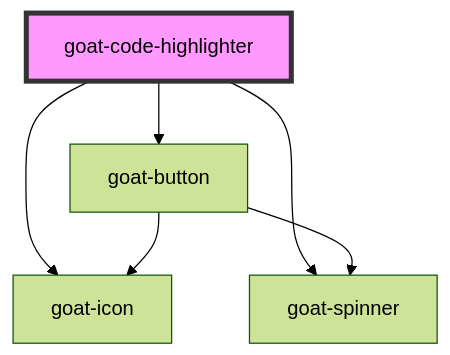
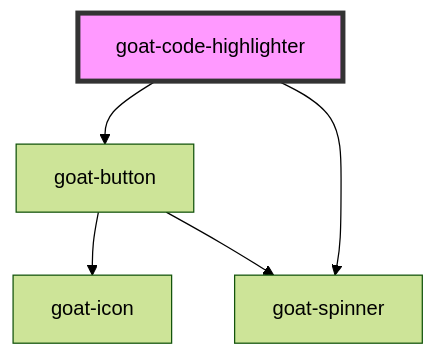
Before and after one commit to goatui/components: the diagram in src/components/data-display/code-highlighter/readme.md, drawn with Mermaid (forest theme). The commit also changed other lines of this file and 218 other files, not shown here.

````diff
--- a/src/components/data-display/code-highlighter/readme.md
+++ b/src/components/data-display/code-highlighter/readme.md
@@ -26,9 +26,8 @@
 ```mermaid
 graph TD;
   goat-code-highlighter --> goat-button
-  goat-code-highlighter --> goat-icon
   goat-code-highlighter --> goat-spinner
   goat-button --> goat-icon
   goat-button --> goat-spinner
   style goat-code-highlighter fill:#f9f,stroke:#333,stroke-width:4px
 ```
````
